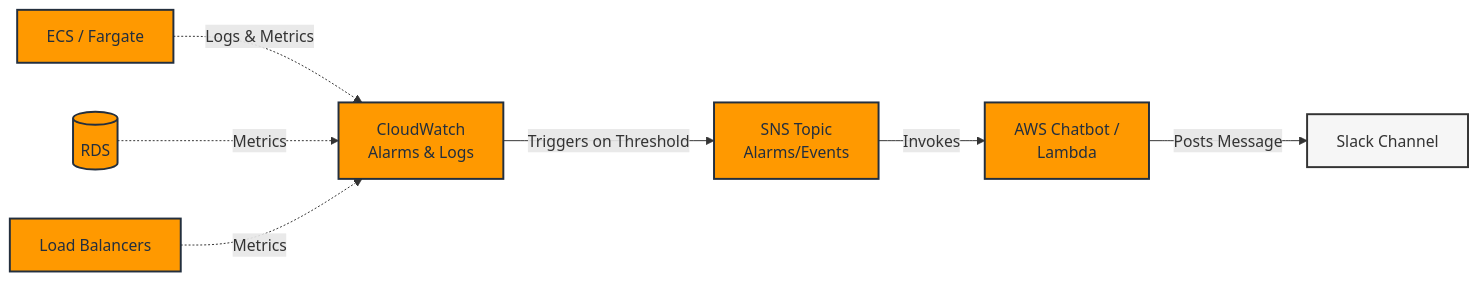
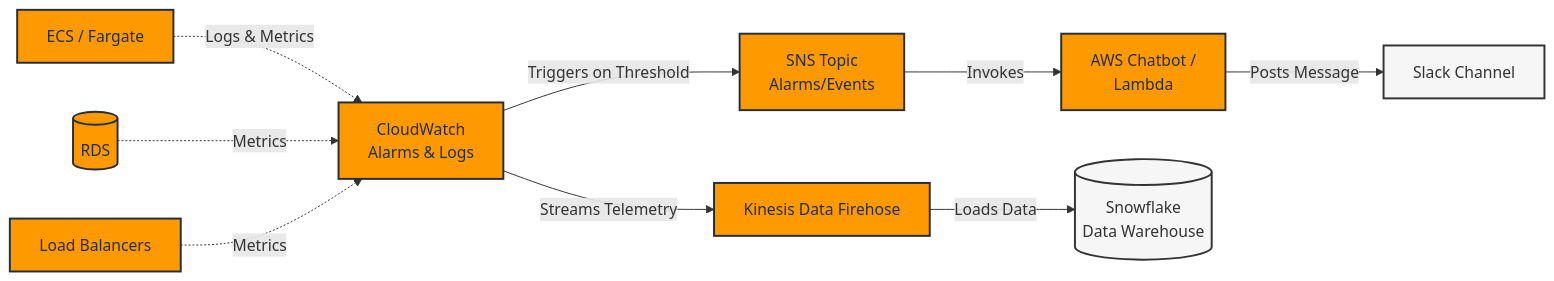
One commit to dbl-works/terraform changed the fourth of 4 diagrams in aws/architecture.md. Above: the diagram before and after it, drawn with Mermaid. The commit also changed other lines of this file, not shown here.

````diff
--- a/aws/architecture.md
+++ b/aws/architecture.md
@@ -133,27 +135,35 @@
 ```mermaid
 graph LR
     classDef aws fill:#FF9900,stroke:#232F3E,stroke-width:2px,color:#232F3E;
     classDef external fill:#f6f6f6,stroke:#333,stroke-width:2px;
 
     %% Data Sources
     ECS[ECS / Fargate]:::aws
     RDS[(RDS)]:::aws
     ALB[Load Balancers]:::aws
 
     %% AWS Monitoring
     CW[CloudWatch <br/> Alarms & Logs]:::aws
     SNS[SNS Topic <br/> Alarms/Events]:::aws
     Chatbot[AWS Chatbot / <br/> Lambda]:::aws
     
+    %% Analytics
+    Kin[Kinesis Data Firehose]:::aws
+    SF[(Snowflake <br/> Data Warehouse)]:::external
+
     %% Slack
     Slack[Slack Channel]:::external
 
     %% Flow
     ECS -. "Logs & Metrics" .-> CW
     RDS -. "Metrics" .-> CW
     ALB -. "Metrics" .-> CW
     
     CW -- "Triggers on Threshold" --> SNS
     SNS -- "Invokes" --> Chatbot
     Chatbot -- "Posts Message" --> Slack
+    
+    %% Telemetry Flow
+    CW -- "Streams Telemetry" --> Kin
+    Kin -- "Loads Data" --> SF
 ```
````
